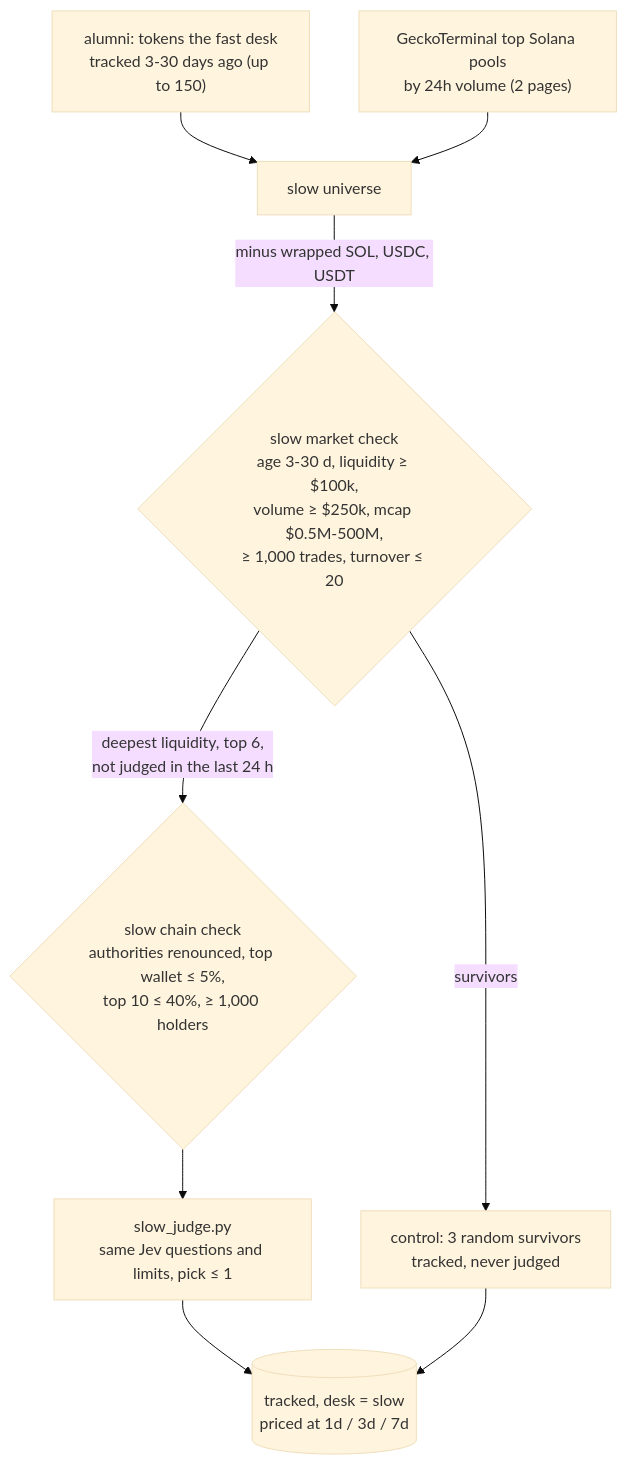
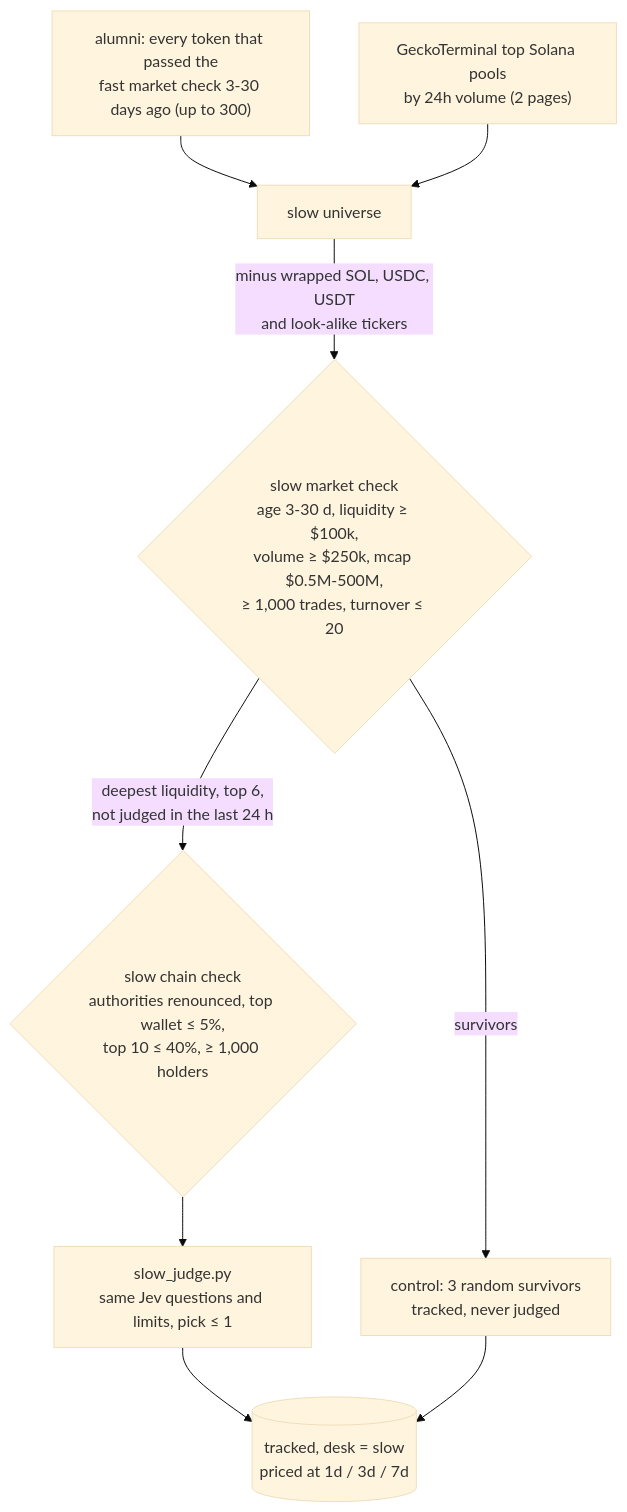
The tenth of 12 diagrams in ARCHITECTURE.md (NickHammer/jev-desk), drawn with Mermaid (base theme) before and after one commit. The commit also changed other lines of this file and 5 other files, not shown here.

First line of the commit message:
Slow desk: alumni from every market survivor; block look-alike majors

````diff
--- a/ARCHITECTURE.md
+++ b/ARCHITECTURE.md
@@ -383,11 +383,11 @@
 ```mermaid
 flowchart TD
-    al["alumni: tokens the fast desk<br/>tracked 3-30 days ago (up to 150)"] --> u["slow universe"]
+    al["alumni: every token that passed the<br/>fast market check 3-30 days ago (up to 300)"] --> u["slow universe"]
     tp["GeckoTerminal top Solana pools<br/>by 24h volume (2 pages)"] --> u
-    u -- "minus wrapped SOL, USDC, USDT" --> m{"slow market check<br/>age 3-30 d, liquidity ≥ $100k,<br/>volume ≥ $250k, mcap $0.5M-500M,<br/>≥ 1,000 trades, turnover ≤ 20"}
+    u -- "minus wrapped SOL, USDC, USDT<br/>and look-alike tickers" --> m{"slow market check<br/>age 3-30 d, liquidity ≥ $100k,<br/>volume ≥ $250k, mcap $0.5M-500M,<br/>≥ 1,000 trades, turnover ≤ 20"}
     m -- survivors --> ctl["control: 3 random survivors<br/>tracked, never judged"]
     m -- "deepest liquidity, top 6,<br/>not judged in the last 24 h" --> d{"slow chain check<br/>authorities renounced, top wallet ≤ 5%,<br/>top 10 ≤ 40%, ≥ 1,000 holders"}
     d --> j["slow_judge.py<br/>same Jev questions and limits, pick ≤ 1"]
     j --> tr[("tracked, desk = slow<br/>priced at 1d / 3d / 7d")]
     ctl --> tr
 ```
````
